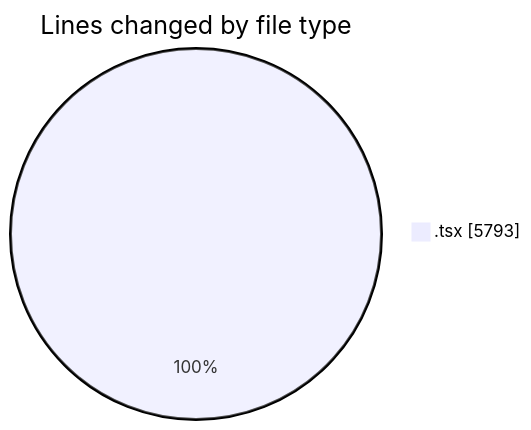
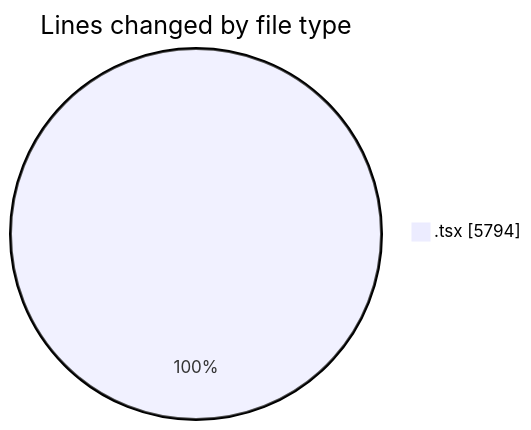
One commit to momahboobian/code-tracking changed the first of 2 diagrams in 2025-12-04/cda/README.md. Above: the diagram before and after it, drawn with Mermaid. The commit also changed other lines of this file and 1 other file, not shown here.

````diff
--- a/2025-12-04/cda/README.md
+++ b/2025-12-04/cda/README.md
@@ -22,5 +22,5 @@
 ```mermaid
 pie showData
 title Lines changed by file type
-".tsx" : 5793
+".tsx" : 5794
 ```
````
